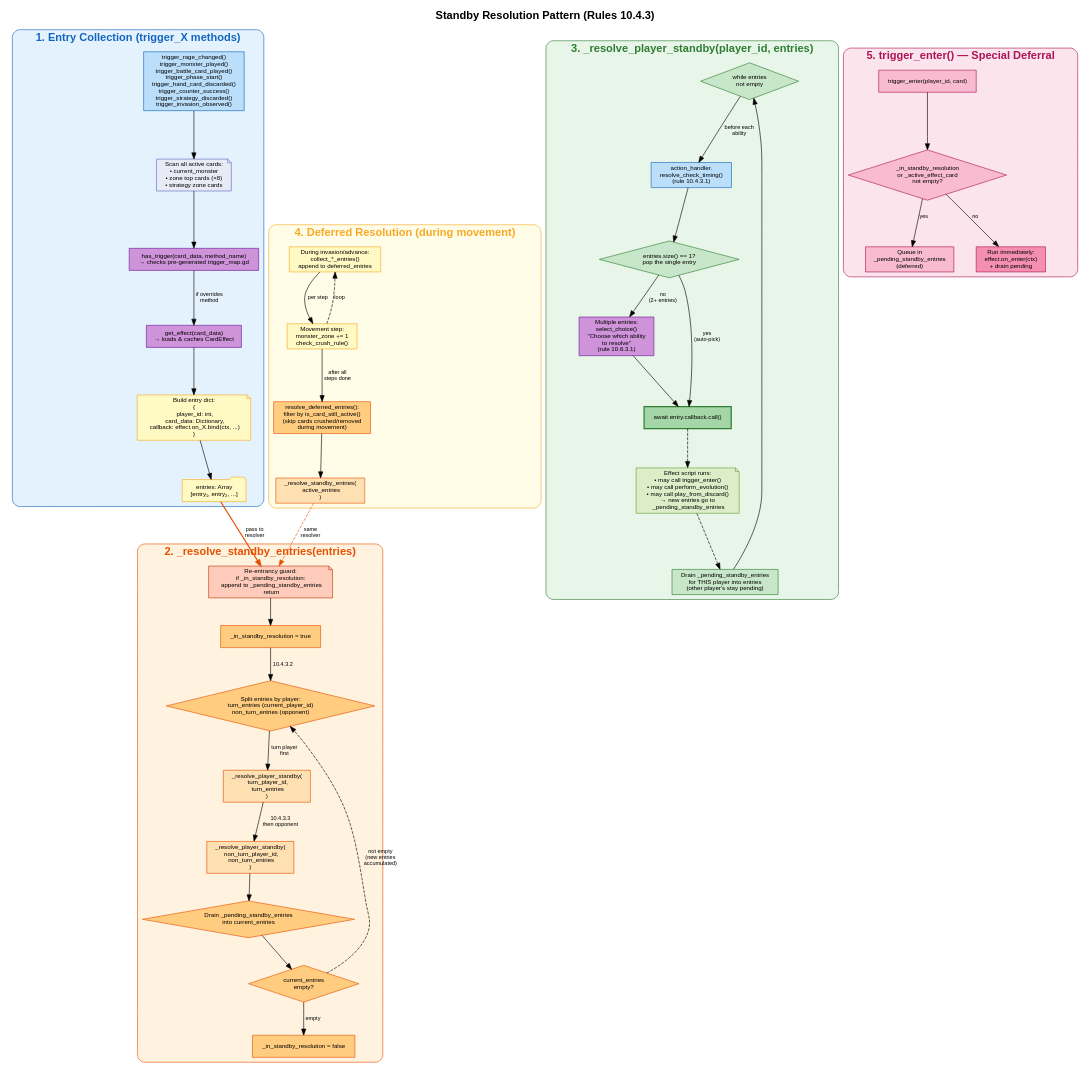
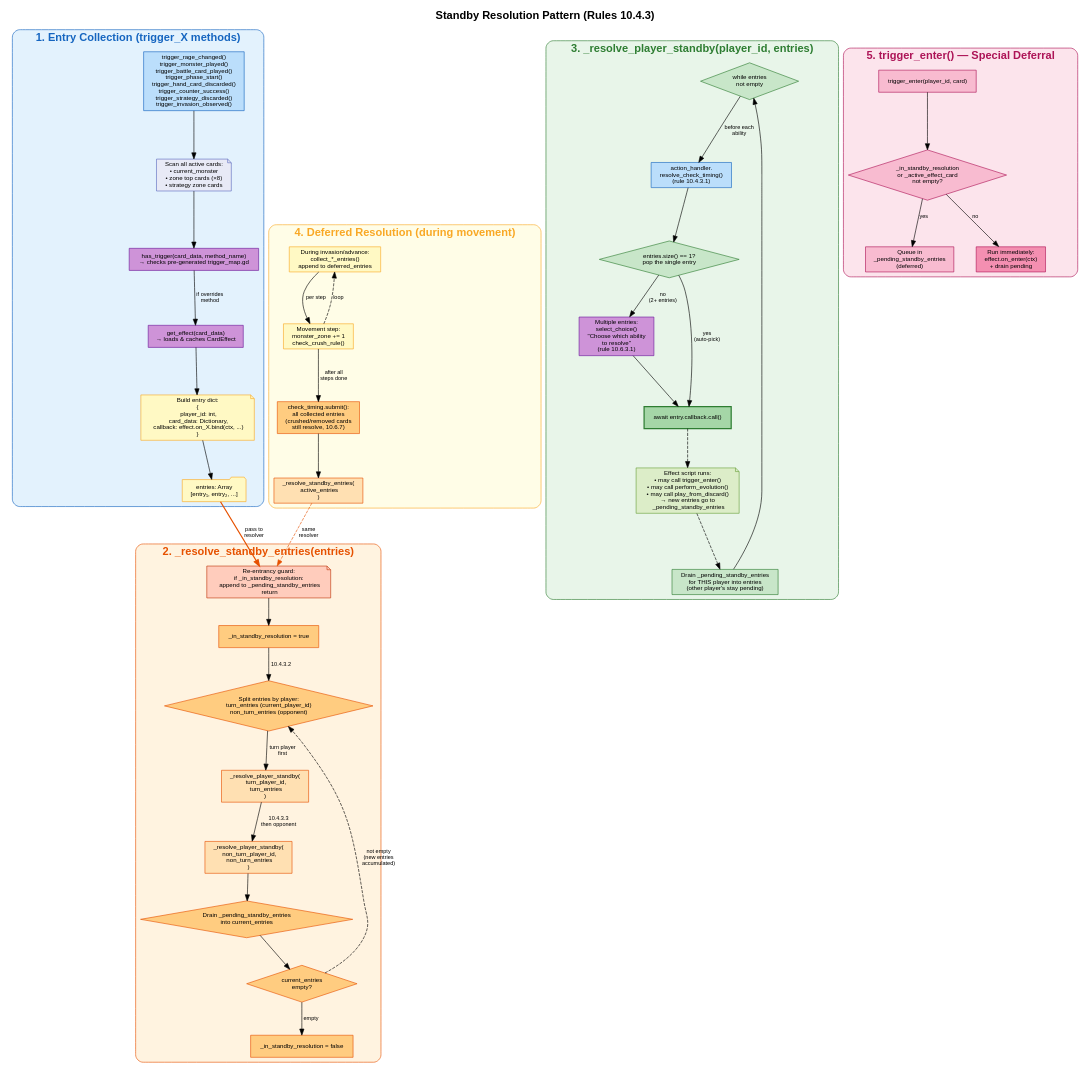
The diagram in docs/graphs/standby_resolution.dot (hunterdurbin/godzilla-sim), drawn with Graphviz before and after one commit. The commit also changed 186 other files, not shown here.

First line of the commit message:
CheckTiming: submitted triggers always queue; follow 10.6.7 (#266)

```diff
--- a/docs/graphs/standby_resolution.dot
+++ b/docs/graphs/standby_resolution.dot
@@ -1,158 +1,158 @@
 digraph standby_resolution {
     rankdir=TB
     label="Standby Resolution Pattern (Rules 10.4.3)"
     labelloc=t
     fontsize=18
     fontname="Helvetica-Bold"
     bgcolor="white"
     nodesep=0.5
     ranksep=0.6
 
     node [fontname="Helvetica" fontsize=10 style=filled shape=box]
     edge [fontname="Helvetica" fontsize=9]
 
     // ════════════════════════════════════════
     //  ENTRY: trigger_X collects entries
     // ════════════════════════════════════════
     subgraph cluster_collection {
         label="1. Entry Collection (trigger_X methods)"
         style=rounded
         color="#1565C0"
         fontcolor="#1565C0"
         bgcolor="#E3F2FD"
 
         trigger_x [label="trigger_rage_changed()\ntrigger_monster_played()\ntrigger_battle_card_played()\ntrigger_phase_start()\ntrigger_hand_card_discarded()\ntrigger_counter_success()\ntrigger_strategy_discarded()\ntrigger_invasion_observed()" fillcolor="#BBDEFB" color="#1565C0"]
 
         scan [label="Scan all active cards:\n• current_monster\n• zone top cards (×8)\n• strategy zone cards" shape=note fillcolor="#E8EAF6" color="#5C6BC0"]
 
         has_trigger [label="has_trigger(card_data, method_name)\n→ checks pre-generated trigger_map.gd" fillcolor="#CE93D8" color="#6A1B9A"]
 
         get_effect [label="get_effect(card_data)\n→ loads & caches CardEffect" fillcolor="#CE93D8" color="#6A1B9A"]
 
         build_entry [label="Build entry dict:\n{\n  player_id: int,\n  card_data: Dictionary,\n  callback: effect.on_X.bind(ctx, ...)\n}" shape=note fillcolor="#FFF9C4" color="#F9A825"]
 
         entries_arr [label="entries: Array\n[entry₁, entry₂, ...]" fillcolor="#FFF9C4" color="#F9A825" shape=folder]
 
         trigger_x -> scan -> has_trigger
         has_trigger -> get_effect [label="if overrides\nmethod"]
         get_effect -> build_entry -> entries_arr
     }
 
     // ════════════════════════════════════════
     //  RESOLVE STANDBY ENTRIES
     // ════════════════════════════════════════
     subgraph cluster_resolve {
         label="2. _resolve_standby_entries(entries)"
         style=rounded
         color="#E65100"
         fontcolor="#E65100"
         bgcolor="#FFF3E0"
 
         guard [label="Re-entrancy guard:\nif _in_standby_resolution:\n  append to _pending_standby_entries\n  return" fillcolor="#FFCCBC" color="#BF360C" shape=note]
 
         set_flag [label="_in_standby_resolution = true" fillcolor="#FFCC80" color="#E65100"]
 
         split [label="Split entries by player:\nturn_entries (current_player_id)\nnon_turn_entries (opponent)" fillcolor="#FFCC80" color="#E65100" shape=diamond]
 
         resolve_turn [label="_resolve_player_standby(\n  turn_player_id,\n  turn_entries\n)" fillcolor="#FFE0B2" color="#E65100"]
 
         resolve_non [label="_resolve_player_standby(\n  non_turn_player_id,\n  non_turn_entries\n)" fillcolor="#FFE0B2" color="#E65100"]
 
         drain [label="Drain _pending_standby_entries\ninto current_entries" fillcolor="#FFCC80" color="#E65100" shape=diamond]
 
         loop_check [label="current_entries\nempty?" fillcolor="#FFCC80" color="#E65100" shape=diamond]
 
         clear_flag [label="_in_standby_resolution = false" fillcolor="#FFCC80" color="#E65100"]
 
         guard -> set_flag
         set_flag -> split [label="10.4.3.2"]
         split -> resolve_turn [label="turn player\nfirst"]
         resolve_turn -> resolve_non [label="10.4.3.3\nthen opponent"]
         resolve_non -> drain
         drain -> loop_check
         loop_check -> split [label="not empty\n(new entries\naccumulated)" style=dashed]
         loop_check -> clear_flag [label="empty"]
     }
 
     // ════════════════════════════════════════
     //  RESOLVE PLAYER STANDBY
     // ════════════════════════════════════════
     subgraph cluster_player {
         label="3. _resolve_player_standby(player_id, entries)"
         style=rounded
         color="#2E7D32"
         fontcolor="#2E7D32"
         bgcolor="#E8F5E9"
 
         while_loop [label="while entries\nnot empty" fillcolor="#C8E6C9" color="#2E7D32" shape=diamond]
 
         check_timing [label="action_handler.\nresolve_check_timing()\n(rule 10.4.3.1)" fillcolor="#BBDEFB" color="#1565C0"]
 
         one_entry [label="entries.size() == 1?\npop the single entry" fillcolor="#C8E6C9" color="#2E7D32" shape=diamond]
 
         choose [label="Multiple entries:\nselect_choice()\n\"Choose which ability\nto resolve\"\n(rule 10.6.3.1)" fillcolor="#CE93D8" color="#6A1B9A"]
 
         execute [label="await entry.callback.call()" fillcolor="#A5D6A7" color="#2E7D32" penwidth=2]
 
         effect_runs [label="Effect script runs:\n• may call trigger_enter()\n• may call perform_evolution()\n• may call play_from_discard()\n→ new entries go to\n  _pending_standby_entries" shape=note fillcolor="#DCEDC8" color="#689F38"]
 
         drain_same [label="Drain _pending_standby_entries\nfor THIS player into entries\n(other player's stay pending)" fillcolor="#C8E6C9" color="#2E7D32"]
 
         while_loop -> check_timing [label="before each\nability"]
         check_timing -> one_entry
         one_entry -> execute [label="yes\n(auto-pick)"]
         one_entry -> choose [label="no\n(2+ entries)"]
         choose -> execute
         execute -> effect_runs [style=dashed]
         effect_runs -> drain_same [style=dashed]
         drain_same -> while_loop
     }
 
     // ════════════════════════════════════════
     //  DEFERRED RESOLUTION (movement)
     // ════════════════════════════════════════
     subgraph cluster_deferred {
         label="4. Deferred Resolution (during movement)"
         style=rounded
         color="#F9A825"
         fontcolor="#F9A825"
         bgcolor="#FFFDE7"
 
         collect [label="During invasion/advance:\ncollect_*_entries()\nappend to deferred_entries" fillcolor="#FFF9C4" color="#F9A825"]
 
         movement [label="Movement step:\nmonster_zone += 1\ncheck_crush_rule()" fillcolor="#FFF9C4" color="#F9A825"]
 
-        filter [label="resolve_deferred_entries():\nfilter by is_card_still_active()\n(skip cards crushed/removed\nduring movement)" fillcolor="#FFCC80" color="#E65100"]
+        filter [label="check_timing.submit():\nall collected entries\n(crushed/removed cards\nstill resolve, 10.6.7)" fillcolor="#FFCC80" color="#E65100"]
 
         to_standby [label="_resolve_standby_entries(\n  active_entries\n)" fillcolor="#FFE0B2" color="#E65100"]
 
         collect -> movement [label="per step"]
         movement -> collect [label="loop" style=dashed]
         movement -> filter [label="after all\nsteps done"]
         filter -> to_standby
     }
 
     // ════════════════════════════════════════
     //  TRIGGER_ENTER special case
     // ════════════════════════════════════════
     subgraph cluster_enter {
         label="5. trigger_enter() — Special Deferral"
         style=rounded
         color="#AD1457"
         fontcolor="#AD1457"
         bgcolor="#FCE4EC"
 
         enter_check [label="trigger_enter(player_id, card)" fillcolor="#F8BBD0" color="#AD1457"]
         in_standby [label="_in_standby_resolution\nor _active_effect_card\nnot empty?" fillcolor="#F8BBD0" color="#AD1457" shape=diamond]
         defer_enter [label="Queue in\n_pending_standby_entries\n(deferred)" fillcolor="#F8BBD0" color="#AD1457"]
         run_enter [label="Run immediately:\neffect.on_enter(ctx)\n+ drain pending" fillcolor="#F48FB1" color="#AD1457"]
 
         enter_check -> in_standby
         in_standby -> defer_enter [label="yes"]
         in_standby -> run_enter [label="no"]
     }
 
     // ── Flow connections ──
     entries_arr -> guard [label="pass to\nresolver" penwidth=2 color="#E65100"]
     to_standby -> guard [label="same\nresolver" style=dashed color="#E65100"]
 }
```
